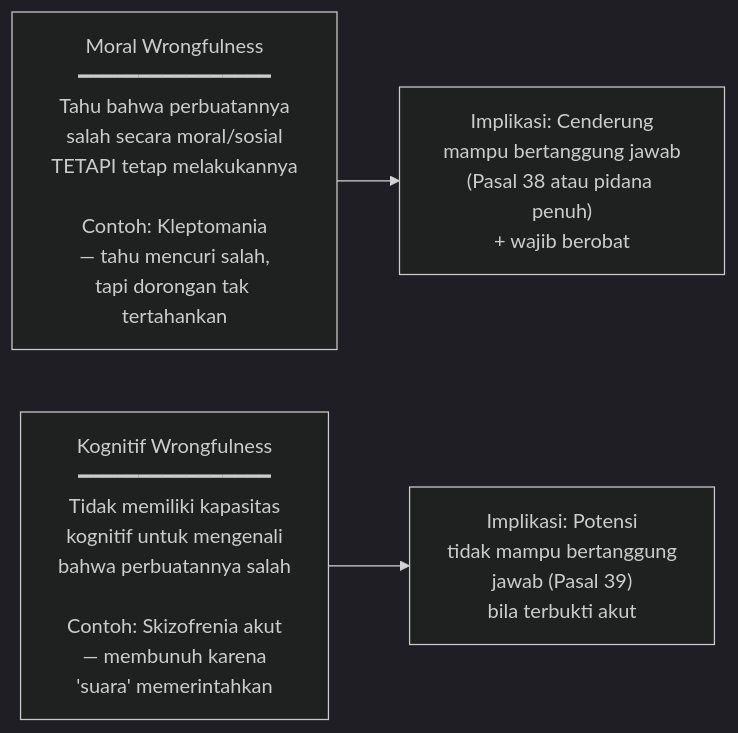
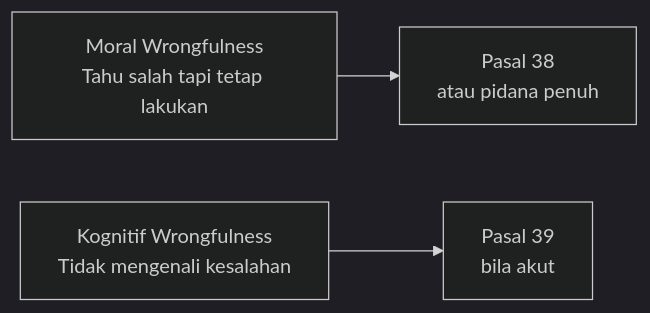
The third of 5 diagrams in content/Lectures/psikiatri-forensik.md (hifdzimaulana/beate-vivere), drawn with Mermaid (dark theme) before and after one commit. The commit also changed other lines of this file and 1 other file, not shown here.

Commit message:
Fix dark mode callouts and mermaid diagrams

````diff
--- a/content/Lectures/psikiatri-forensik.md
+++ b/content/Lectures/psikiatri-forensik.md
@@ -178,9 +172,7 @@
 ```mermaid
 graph LR
-    MW["Moral Wrongfulness\n━━━━━━━━━━━━━━━━\nTahu bahwa perbuatannya\nsalah secara moral/sosial\nTETAPI tetap melakukannya\n\nContoh: Kleptomania\n— tahu mencuri salah,\ntapi dorongan tak tertahankan"]
-
-    KW["Kognitif Wrongfulness\n━━━━━━━━━━━━━━━━\nTidak memiliki kapasitas\nkognitif untuk mengenali\nbahwa perbuatannya salah\n\nContoh: Skizofrenia akut\n— membunuh karena\n'suara' memerintahkan"]
-
-    MW --> IM1["Implikasi: Cenderung\nmampu bertanggung jawab\n(Pasal 38 atau pidana penuh)\n+ wajib berobat"]
-    KW --> IM2["Implikasi: Potensi\ntidak mampu bertanggung\njawab (Pasal 39)\nbila terbukti akut"]
+    MW["Moral Wrongfulness<br/>Tahu salah tapi tetap lakukan"]
+    KW["Kognitif Wrongfulness<br/>Tidak mengenali kesalahan"]
+    MW --> IM1["Pasal 38<br/>atau pidana penuh"]
+    KW --> IM2["Pasal 39<br/>bila akut"]
 ```
````
